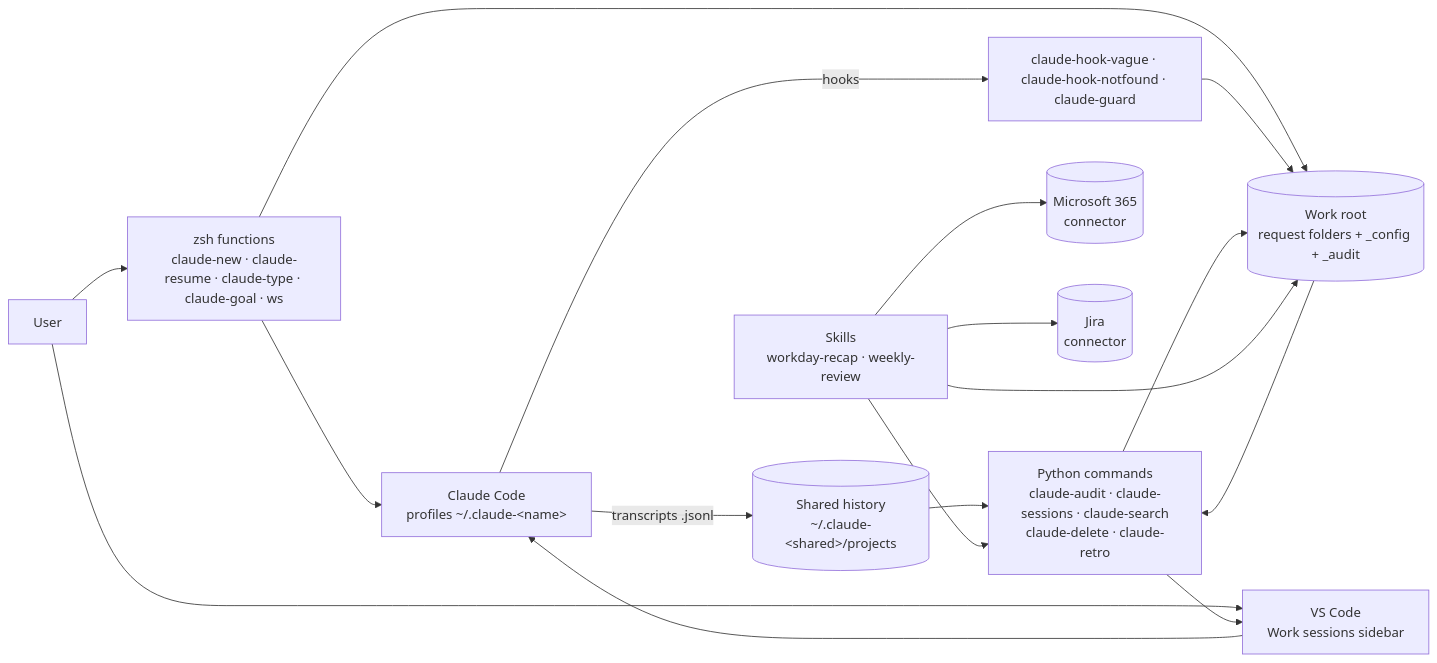
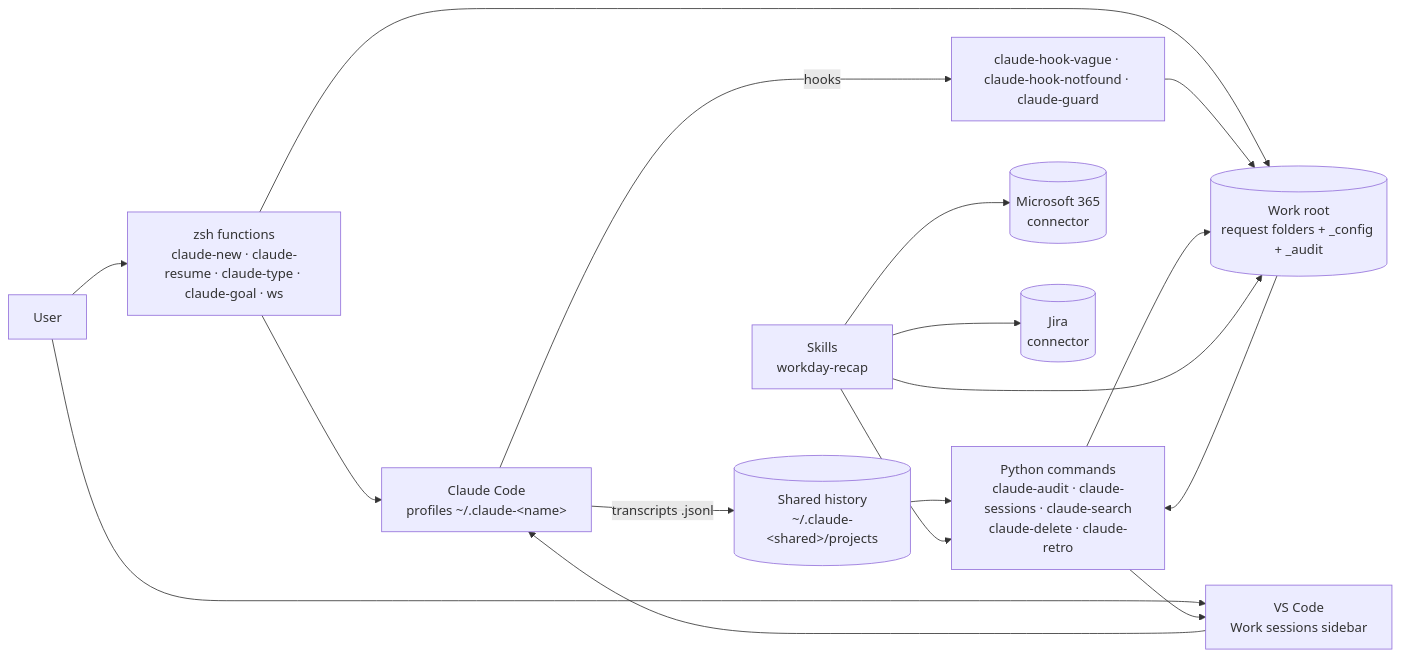
One commit to jviegas6/claude-worksessions changed the first of 5 diagrams in docs/hld.md. Above: the diagram before and after it, drawn with Mermaid. The commit also changed other lines of this file and 9 other files, not shown here.

First line of the commit message:
2.38.0: weekly-review leaves the plugin

````diff
--- a/docs/hld.md
+++ b/docs/hld.md
@@ -42,19 +42,19 @@
 ```mermaid
 flowchart LR
   U[User] --> SH[zsh functions<br/>claude-new · claude-resume · claude-type · claude-goal · ws]
   U --> VS[VS Code<br/>Work sessions sidebar]
   SH --> CC[Claude Code<br/>profiles ~/.claude-&lt;name&gt;]
   VS --> CC
   CC -->|transcripts .jsonl| T[(Shared history<br/>~/.claude-&lt;shared&gt;/projects)]
   CC -->|hooks| H[claude-hook-vague · claude-hook-notfound · claude-guard]
   SH --> W[(Work root<br/>request folders + _config + _audit)]
   H --> W
   T --> PY[Python commands<br/>claude-audit · claude-sessions · claude-search<br/>claude-delete · claude-retro]
   W --> PY
   PY --> W
-  SK[Skills<br/>workday-recap · weekly-review] --> M365[(Microsoft 365<br/>connector)]
+  SK[Skills<br/>workday-recap] --> M365[(Microsoft 365<br/>connector)]
   SK --> J[(Jira<br/>connector)]
   SK --> PY
   SK --> W
   PY --> VS
 ```
````
